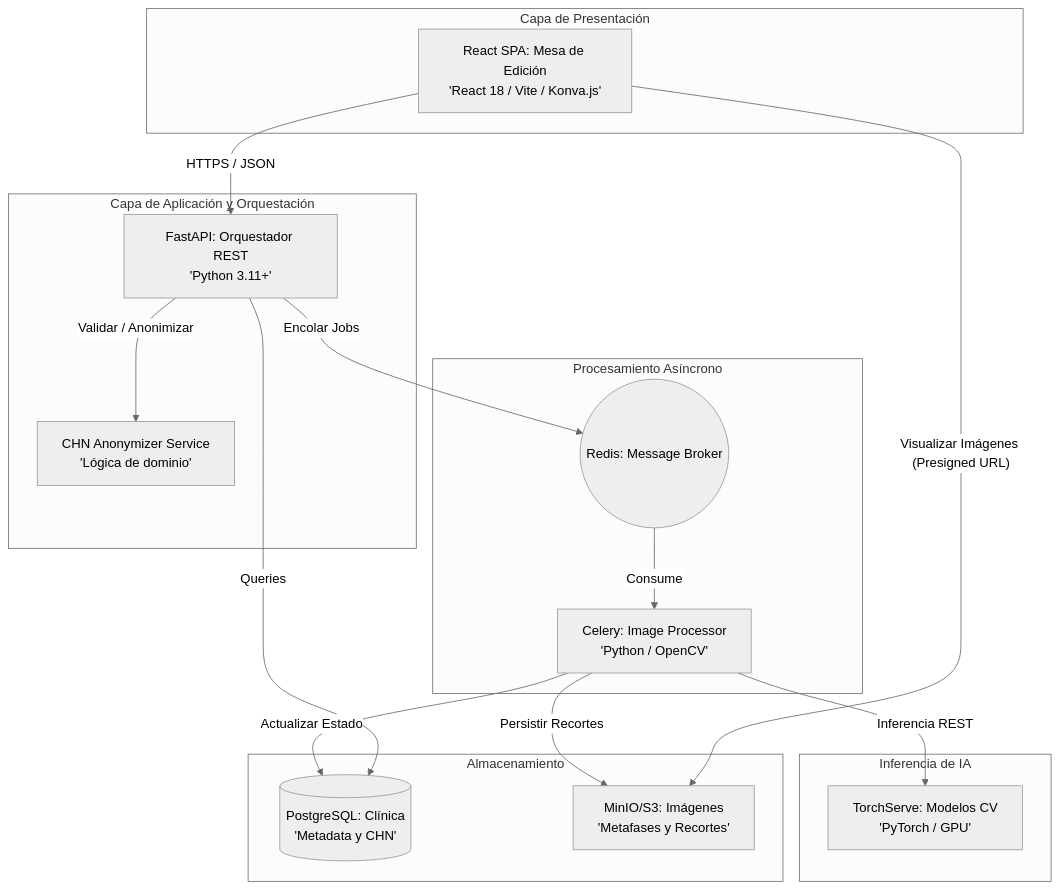
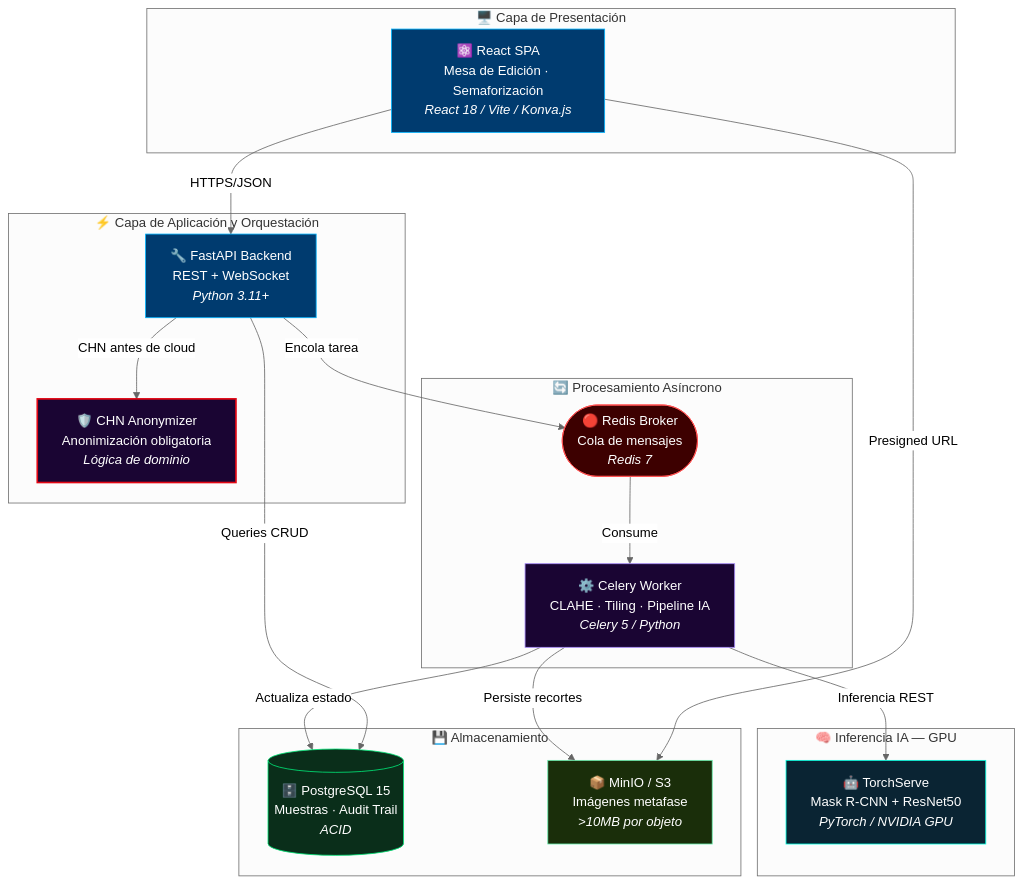
The second of 5 diagrams in docs/dti/DTI_borrador.md (guillemc92/karyoumss), drawn with Mermaid (neutral theme) before and after one commit. The commit also changed other lines of this file, not shown here.

First line of the commit message:
docs(dti): fix all Mermaid diagrams for GitHub rendering

````diff
--- a/docs/dti/DTI_borrador.md
+++ b/docs/dti/DTI_borrador.md
@@ -185,35 +197,51 @@
 ```mermaid
 graph TB
-    subgraph Client_Tier ["Capa de Presentación"]
-        SPA["React SPA: Mesa de Edición<br/>'React 18 / Vite / Konva.js'"]
+    %% ── Capa Presentación ──────────────────────────────
+    subgraph PRES ["🖥️  Capa de Presentación"]
+        SPA["⚛️ React SPA<br/>Mesa de Edición · Semaforización<br/><i>React 18 / Vite / Konva.js</i>"]
     end
 
-    subgraph API_Tier ["Capa de Aplicación y Orquestación"]
-        API["FastAPI: Orquestador REST<br/>'Python 3.11+'"]
-        Auth["CHN Anonymizer Service<br/>'Lógica de dominio'"]
+    %% ── Capa Aplicación ────────────────────────────────
+    subgraph APP ["⚡  Capa de Aplicación y Orquestación"]
+        API["🔧 FastAPI Backend<br/>REST + WebSocket<br/><i>Python 3.11+</i>"]
+        CHN["🛡️ CHN Anonymizer<br/>Anonimización obligatoria<br/><i>Lógica de dominio</i>"]
     end
 
-    subgraph Async_Tier ["Procesamiento Asíncrono"]
-        Broker(("Redis: Message Broker"))
-        Worker["Celery: Image Processor<br/>'Python / OpenCV'"]
+    %% ── Capa Asíncrona ─────────────────────────────────
+    subgraph ASYNC ["🔄  Procesamiento Asíncrono"]
+        BROKER(["🔴 Redis Broker<br/>Cola de mensajes<br/><i>Redis 7</i>"])
+        WORKER["⚙️ Celery Worker<br/>CLAHE · Tiling · Pipeline IA<br/><i>Celery 5 / Python</i>"]
     end
 
-    subgraph AI_Tier ["Inferencia de IA"]
-        Torch["TorchServe: Modelos CV<br/>'PyTorch / GPU'"]
+    %% ── Capa IA ────────────────────────────────────────
+    subgraph AI ["🧠  Inferencia IA — GPU"]
+        TORCH["🤖 TorchServe<br/>Mask R-CNN + ResNet50<br/><i>PyTorch / NVIDIA GPU</i>"]
     end
 
-    subgraph Persistence_Tier ["Almacenamiento"]
-        DB[("PostgreSQL: Clínica<br/>'Metadata y CHN'")]
-        S3["MinIO/S3: Imágenes<br/>'Metafases y Recortes'"]
+    %% ── Capa Persistencia ──────────────────────────────
+    subgraph PERSIST ["💾  Almacenamiento"]
+        DB[("🗄️ PostgreSQL 15<br/>Muestras · Audit Trail<br/><i>ACID</i>")]
+        S3["📦 MinIO / S3<br/>Imágenes metafase<br/><i>&gt;10MB por objeto</i>"]
     end
 
-    SPA -->|"HTTPS / JSON"| API
-    API -->|"Validar / Anonimizar"| Auth
-    API -->|"Encolar Jobs"| Broker
-    Broker -->|"Consume"| Worker
-    Worker -->|"Inferencia REST"| Torch
-    Worker -->|"Persistir Recortes"| S3
-    Worker -->|"Actualizar Estado"| DB
-    API -->|"Queries"| DB
-    SPA -->|"Visualizar Imágenes (Presigned URL)"| S3
+    %% ── Relaciones ─────────────────────────────────────
+    SPA    -->|"HTTPS/JSON"| API
+    API    -->|"CHN antes de cloud"| CHN
+    API    -->|"Encola tarea"| BROKER
+    BROKER -->|"Consume"| WORKER
+    WORKER -->|"Inferencia REST"| TORCH
+    WORKER -->|"Persiste recortes"| S3
+    WORKER -->|"Actualiza estado"| DB
+    API    -->|"Queries CRUD"| DB
+    SPA    -->|"Presigned URL"| S3
+
+    %% ── Estilos ────────────────────────────────────────
+    style SPA    fill:#003b6f,stroke:#00b4ff,color:#fff
+    style API    fill:#003b6f,stroke:#00b4ff,color:#fff
+    style CHN    fill:#1a0533,stroke:#E30613,stroke-width:2px,color:#fff
+    style BROKER fill:#3d0000,stroke:#ff5252,color:#fff
+    style WORKER fill:#1a0533,stroke:#a78bfa,color:#fff
+    style TORCH  fill:#0a2433,stroke:#00ffe0,color:#fff
+    style DB     fill:#0a2e1a,stroke:#00e676,color:#fff
+    style S3     fill:#1a2e0a,stroke:#69f0ae,color:#fff
 ```
````
